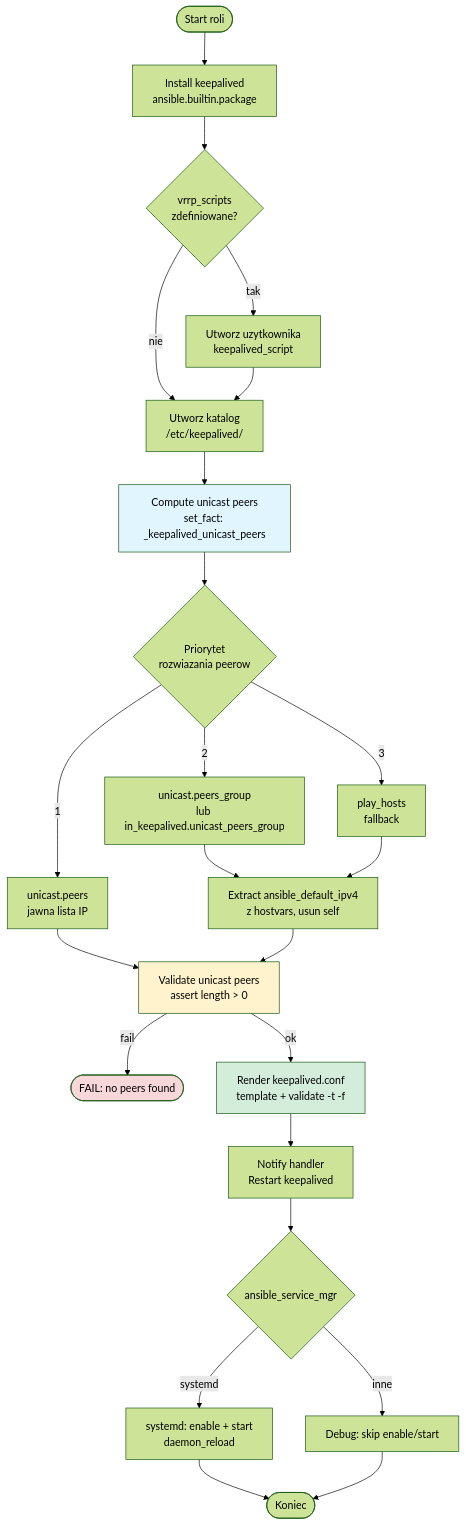
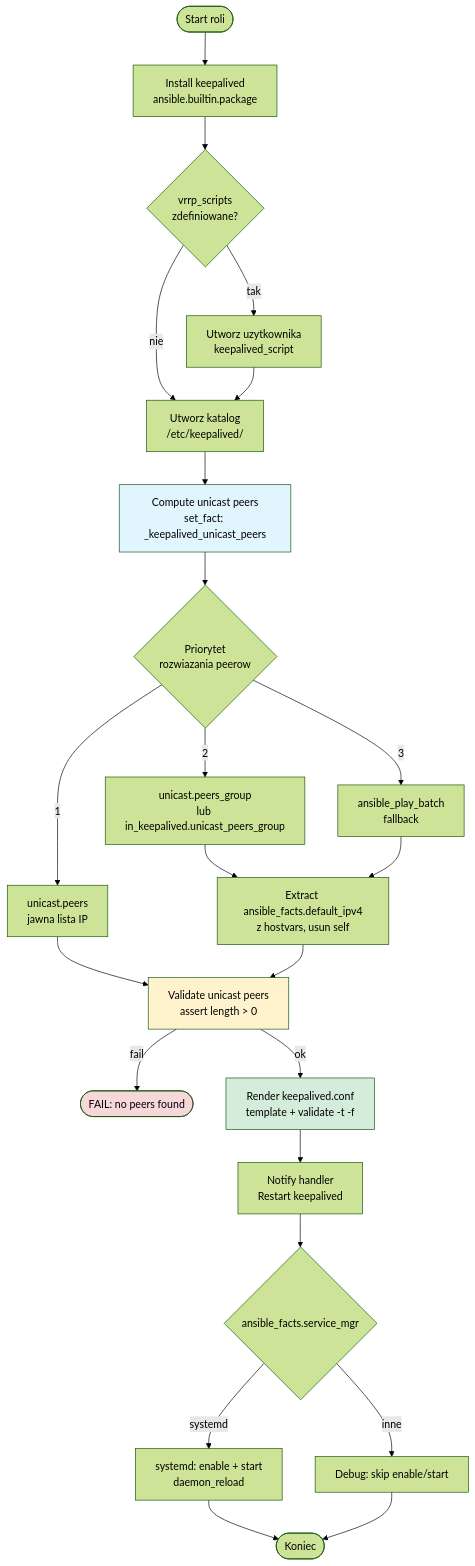
The first of 2 diagrams in README.md (dev-rachuna/artifacts.ansible-roles.install-keepalived-vip), drawn with Mermaid (forest theme) before and after one commit. The commit also changed other lines of this file and 3 other files, not shown here.

````diff
--- a/README.md
+++ b/README.md
@@ -9,34 +9,34 @@
 ```mermaid
 flowchart TD
     Start([Start roli]) --> Install[Install keepalived<br/>ansible.builtin.package]
     Install --> UserCheck{vrrp_scripts<br/>zdefiniowane?}
     UserCheck -->|tak| CreateUser[Utworz uzytkownika<br/>keepalived_script]
     UserCheck -->|nie| MkDir
     CreateUser --> MkDir[Utworz katalog<br/>/etc/keepalived/]
     MkDir --> ComputePeers[Compute unicast peers<br/>set_fact: _keepalived_unicast_peers]
 
     ComputePeers --> PeersLogic{Priorytet<br/>rozwiazania peerow}
     PeersLogic -->|1| ExplicitPeers[unicast.peers<br/>jawna lista IP]
     PeersLogic -->|2| GroupPeers[unicast.peers_group<br/>lub in_keepalived.unicast_peers_group]
-    PeersLogic -->|3| PlayHosts[play_hosts<br/>fallback]
+    PeersLogic -->|3| PlayHosts[ansible_play_batch<br/>fallback]
 
     ExplicitPeers --> Validate
-    GroupPeers --> ExtractIP[Extract ansible_default_ipv4<br/>z hostvars, usun self]
+    GroupPeers --> ExtractIP[Extract ansible_facts.default_ipv4<br/>z hostvars, usun self]
     PlayHosts --> ExtractIP
     ExtractIP --> Validate[Validate unicast peers<br/>assert length > 0]
 
     Validate -->|fail| Error([FAIL: no peers found])
     Validate -->|ok| Render[Render keepalived.conf<br/>template + validate -t -f]
 
     Render --> Notify[Notify handler<br/>Restart keepalived]
-    Notify --> ServiceMgr{ansible_service_mgr}
+    Notify --> ServiceMgr{ansible_facts.service_mgr}
     ServiceMgr -->|systemd| Systemd[systemd: enable + start<br/>daemon_reload]
     ServiceMgr -->|inne| Skip[Debug: skip enable/start]
     Systemd --> End([Koniec])
     Skip --> End
 
     style ComputePeers fill:#e1f5ff
     style Validate fill:#fff3cd
     style Error fill:#f8d7da
     style Render fill:#d4edda
 ```
````
